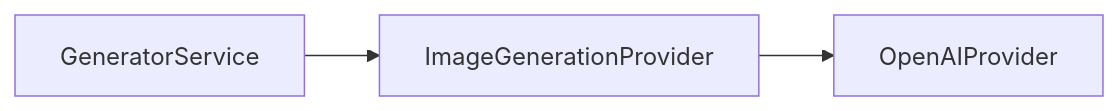
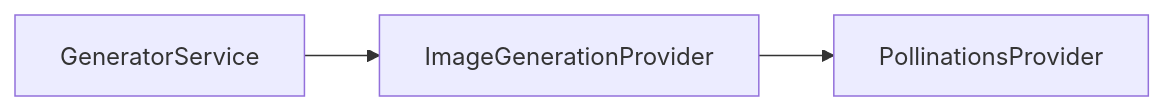
One commit to Rahul-Shetty-10/photo_album changed the fifth of 5 diagrams in docs/architecture.md. Above: the diagram before and after it, drawn with Mermaid. The commit also changed other lines of this file and 20 other files, not shown here.

````diff
--- a/docs/architecture.md
+++ b/docs/architecture.md
@@ -187,5 +187,5 @@
 ```mermaid
 graph LR
     SERVICE[GeneratorService] --> IFACE[ImageGenerationProvider]
-    IFACE --> OPENAI[OpenAIProvider]
+    IFACE --> POLLINATIONS[PollinationsProvider]
 ```
````
